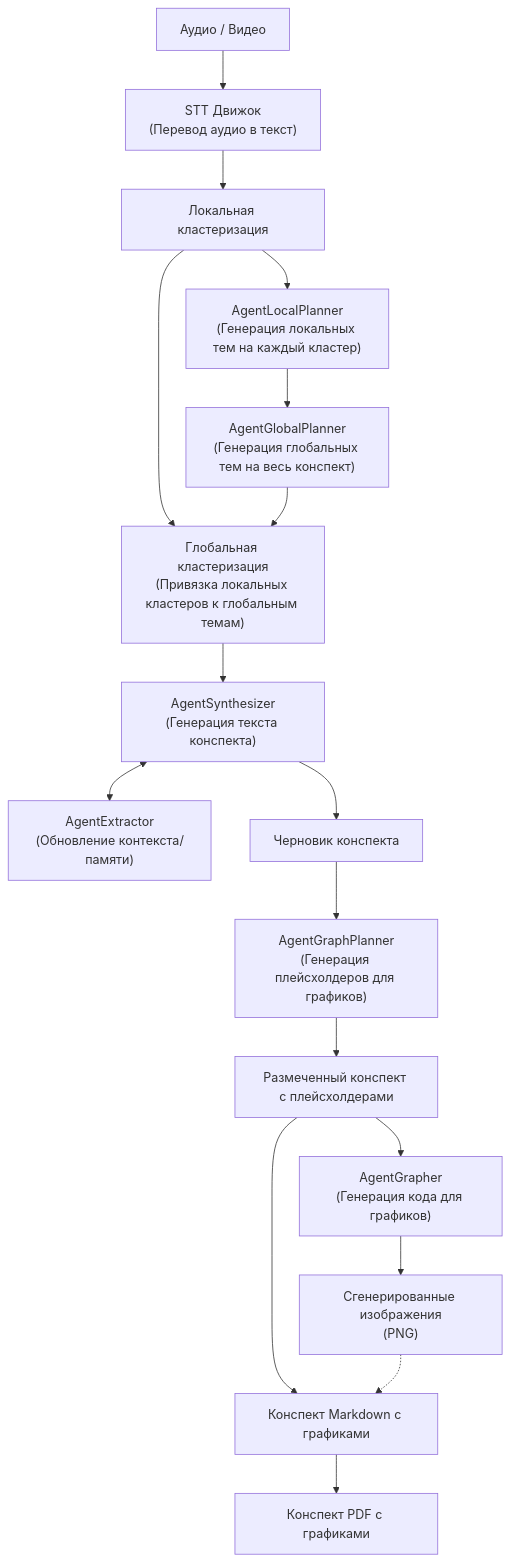
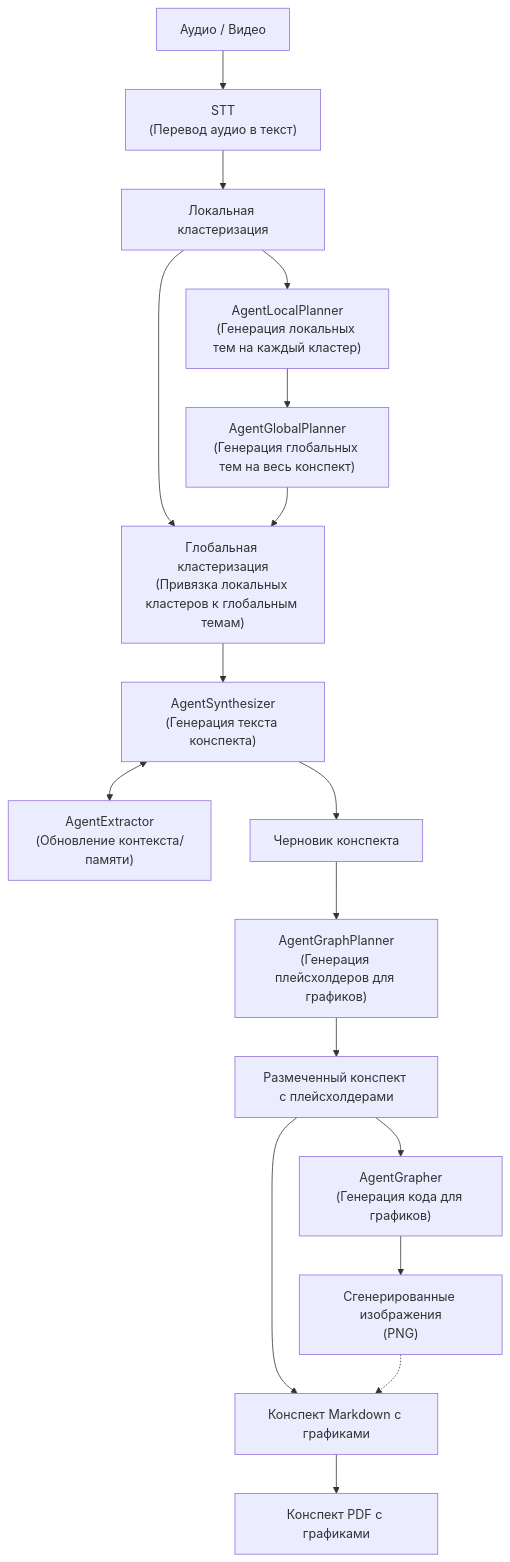
One commit to m4deme1ns4ne/LongConspectWriter changed the diagram in README.ru.md. Above: the diagram before and after it, drawn with Mermaid. The commit also changed other lines of this file, not shown here.

````diff
--- a/README.ru.md
+++ b/README.ru.md
@@ -25,29 +25,29 @@
 ```mermaid
 flowchart TD
     %% Входные данные
-    Audio["Аудио / Видео"] --> STT["STT Движок<br/>(Перевод аудио в текст)"]
+    Audio["Аудио / Видео"] --> STT["STT<br/>(Перевод аудио в текст)"]
 
     %% Кластеризация и планирование
     STT --> LCluster["Локальная кластеризация"]
     LCluster --> LPlanner["AgentLocalPlanner<br/>(Генерация локальных тем на каждый кластер)"]
     LPlanner --> GPlanner["AgentGlobalPlanner<br/>(Генерация глобальных тем на весь конспект)"]
     LCluster --> GCluster["Глобальная кластеризация<br/>(Привязка локальных кластеров к глобальным темам)"]
     GPlanner --> GCluster
 
     %% Синтез текста
     GCluster --> Synthesizer["AgentSynthesizer<br/>(Генерация текста конспекта)"]
     Synthesizer <--> Extractor["AgentExtractor<br/>(Обновление контекста/памяти)"]
     Synthesizer --> DraftJSON["Черновик конспекта"]
 
     %% Мультиагентный визуализатор
     DraftJSON --> GraphPlanner["AgentGraphPlanner<br/>(Генерация плейсхолдеров для графиков)"]
     GraphPlanner --> TaggedMD["Размеченный конспект с плейсхолдерами"]
     TaggedMD --> Grapher["AgentGrapher<br/>(Генерация кода для графиков)"]
     Grapher --> Images["Сгенерированные изображения<br/>(PNG)"]
 
     %% Финальная сборка
     TaggedMD --> FinalMD["Сборщик конспекта<br/>(Вставка HTML-тегов)"]
     Images -.-> FinalMD
     FinalMD["Конспект Markdown с графиками"]
     FinalMD --> FinalPDF["Конспект PDF с графиками"]
 ```
````
